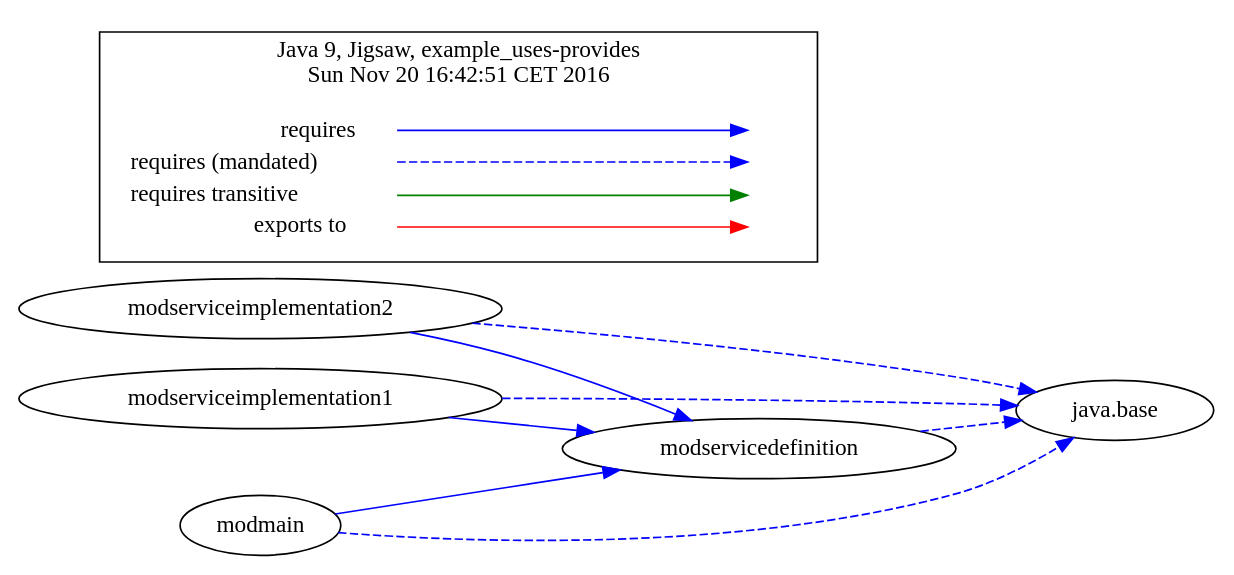
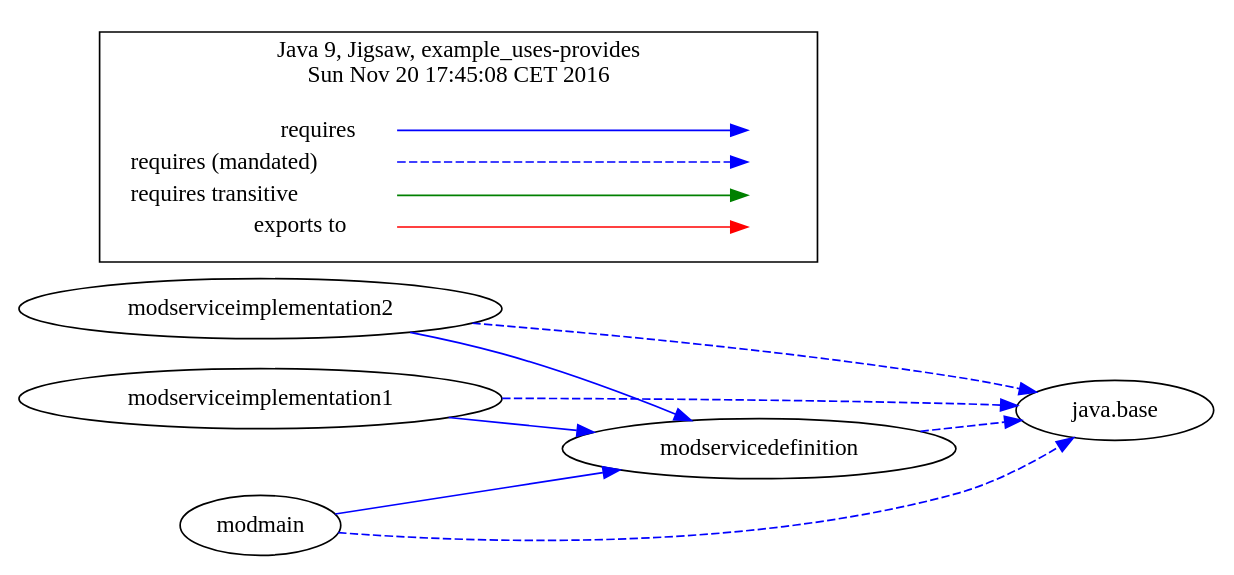
Before and after one commit to accso/java9-jigsaw-examples: the diagram in jigsaw-examples/example_uses-provides/moduledependencies-withlegend.dot, drawn with Graphviz. The commit also changed 84 other files, not shown here.

```diff
--- a/jigsaw-examples/example_uses-provides/moduledependencies-withlegend.dot
+++ b/jigsaw-examples/example_uses-provides/moduledependencies-withlegend.dot
@@ -1,38 +1,38 @@
-# Created by depvis.JigsawDepVisualizer on Sun Nov 20 16:42:51 CET 2016
+# Created by depvis.JigsawDepVisualizer on Sun Nov 20 17:45:08 CET 2016
 digraph Java9_Dependency_Visualizer {
 modmain[fontname="Consolas",shape="ellipse",label="modmain"];
 modservicedefinition[fontname="Consolas",shape="ellipse",label="modservicedefinition"];
 java_base[fontname="Consolas",shape="ellipse",label="java.base"];
 modserviceimplementation2[fontname="Consolas",shape="ellipse",label="modserviceimplementation2"];
 modserviceimplementation1[fontname="Consolas",shape="ellipse",label="modserviceimplementation1"];
 modmain -> modservicedefinition[color="#0000ff",fontname="Consolas",fontcolor="#0000ff",weight="8"]
 modmain -> java_base[color="#0000ff",fontname="Consolas",fontcolor="#0000ff",style="dashed",weight="16"]
 modservicedefinition -> java_base[color="#0000ff",fontname="Consolas",fontcolor="#0000ff",style="dashed",weight="16"]
 modserviceimplementation2 -> modservicedefinition[color="#0000ff",fontname="Consolas",fontcolor="#0000ff",weight="8"]
 modserviceimplementation2 -> java_base[color="#0000ff",fontname="Consolas",fontcolor="#0000ff",style="dashed",weight="16"]
 modserviceimplementation1 -> modservicedefinition[color="#0000ff",fontname="Consolas",fontcolor="#0000ff",weight="8"]
 modserviceimplementation1 -> java_base[color="#0000ff",fontname="Consolas",fontcolor="#0000ff",style="dashed",weight="16"]
 rankdir=LR
 node [shape=plaintext]
 subgraph cluster_01 { 
   label = "Java 9, Jigsaw, example_uses-provides
-Sun Nov 20 16:42:51 CET 2016"
+Sun Nov 20 17:45:08 CET 2016"
   fontname="Consolas"
   key [label=<<table border="0" cellpadding="2" cellspacing="0" cellborder="0">
     <tr><td align="right" port="i1">requires</td></tr>
     <tr><td align="right" port="i2">requires (mandated)</td></tr>
     <tr><td align="right" port="i3">requires transitive</td></tr>
     <tr><td align="right" port="i4">exports to</td></tr>
     </table>>,fontname="Consolas"]
   key2 [label=<<table border="0" cellpadding="2" cellspacing="0" cellborder="0">
     <tr><td port="i1">&nbsp;</td></tr>
     <tr><td port="i2">&nbsp;</td></tr>
     <tr><td port="i3">&nbsp;</td></tr>
     <tr><td port="i4">&nbsp;</td></tr>
     </table>>,fontname="Consolas"]
   key:i1:e -> key2:i1:w [color=BLUE]
   key:i2:e -> key2:i2:w [color=BLUE, style=dashed]
   key:i3:e -> key2:i3:w [color=GREEN]
   key:i4:e -> key2:i4:w [color=RED]
 }
 }
```
